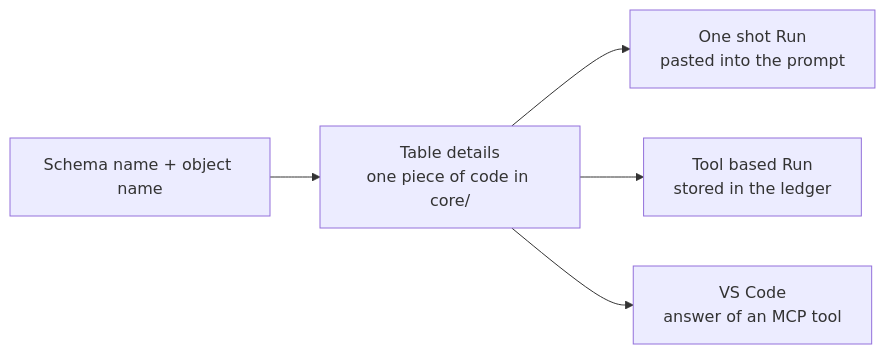
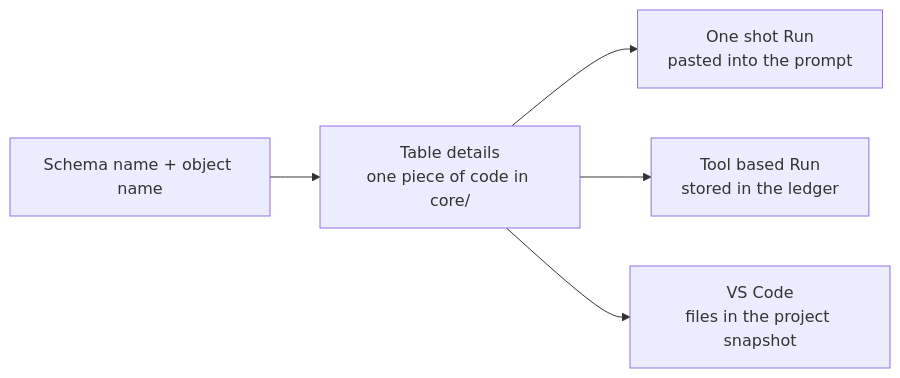
One commit to maazuddinmohammed/gds_workbench_v3 changed the diagram in design/shared/table-details.md. Above: the diagram before and after it, drawn with Mermaid. The commit also changed 12 other files, not shown here.

Commit message:
Operations tables: design/operations/ with the 20 agreed MCP tools; docs brought in line (lock release and override, snapshot, kind, SQL access, no reading tools)

````diff
--- a/design/shared/table-details.md
+++ b/design/shared/table-details.md
@@ -7,7 +7,7 @@
 ```mermaid
 flowchart LR
     ASK["Schema name + object name"] --> CODE["Table details<br/>one piece of code in core/"]
     CODE --> ONE["One shot Run<br/>pasted into the prompt"]
     CODE --> LEDGER["Tool based Run<br/>stored in the ledger"]
-    CODE --> MCP["VS Code<br/>answer of an MCP tool"]
+    CODE --> MCP["VS Code<br/>files in the project snapshot"]
 ```
````
